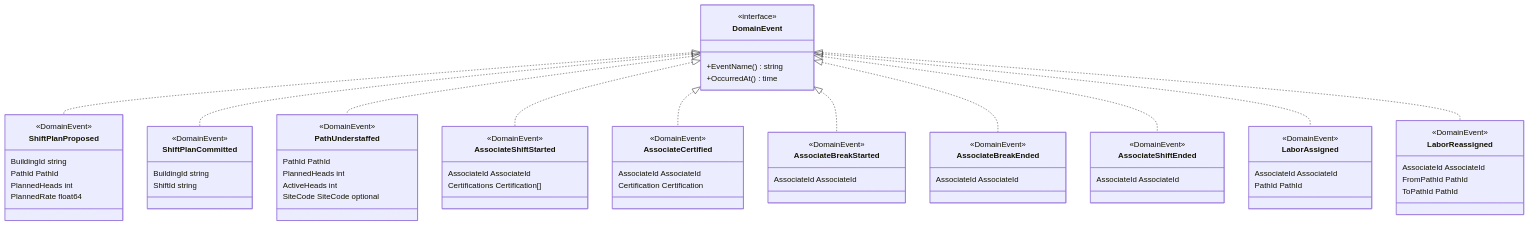
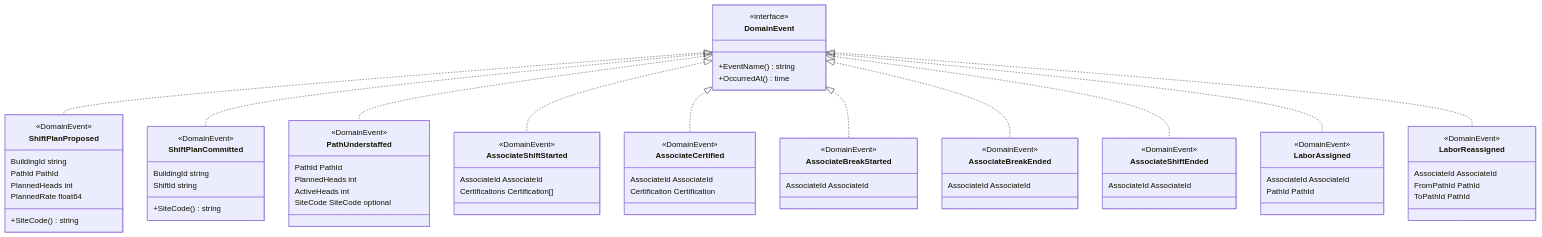
The second of 4 diagrams in docs/contexts/workforce-management/class-diagram.md (IQVO/warehouse-docs), drawn with Mermaid before and after one commit. The commit also changed other lines of this file and 119 other files, not shown here.

````diff
--- a/docs/contexts/workforce-management/class-diagram.md
+++ b/docs/contexts/workforce-management/class-diagram.md
@@ -148,71 +152,73 @@
 ```mermaid
 classDiagram
     direction TB
     class DomainEvent {
         <<interface>>
         +EventName() string
         +OccurredAt() time
     }
     class ShiftPlanProposed {
         <<DomainEvent>>
         BuildingId string
         PathId PathId
         PlannedHeads int
         PlannedRate float64
+        +SiteCode() string
     }
     class ShiftPlanCommitted {
         <<DomainEvent>>
         BuildingId string
         ShiftId string
+        +SiteCode() string
     }
     class PathUnderstaffed {
         <<DomainEvent>>
         PathId PathId
         PlannedHeads int
         ActiveHeads int
         SiteCode SiteCode optional
     }
     class AssociateShiftStarted {
         <<DomainEvent>>
         AssociateId AssociateId
         Certifications Certification[]
     }
     class AssociateCertified {
         <<DomainEvent>>
         AssociateId AssociateId
         Certification Certification
     }
     class AssociateBreakStarted {
         <<DomainEvent>>
         AssociateId AssociateId
     }
     class AssociateBreakEnded {
         <<DomainEvent>>
         AssociateId AssociateId
     }
     class AssociateShiftEnded {
         <<DomainEvent>>
         AssociateId AssociateId
     }
     class LaborAssigned {
         <<DomainEvent>>
         AssociateId AssociateId
         PathId PathId
     }
     class LaborReassigned {
         <<DomainEvent>>
         AssociateId AssociateId
         FromPathId PathId
         ToPathId PathId
     }
     DomainEvent <|.. ShiftPlanProposed
     DomainEvent <|.. ShiftPlanCommitted
     DomainEvent <|.. PathUnderstaffed
     DomainEvent <|.. AssociateShiftStarted
     DomainEvent <|.. AssociateCertified
     DomainEvent <|.. AssociateBreakStarted
     DomainEvent <|.. AssociateBreakEnded
     DomainEvent <|.. AssociateShiftEnded
     DomainEvent <|.. LaborAssigned
     DomainEvent <|.. LaborReassigned
 ```
````
